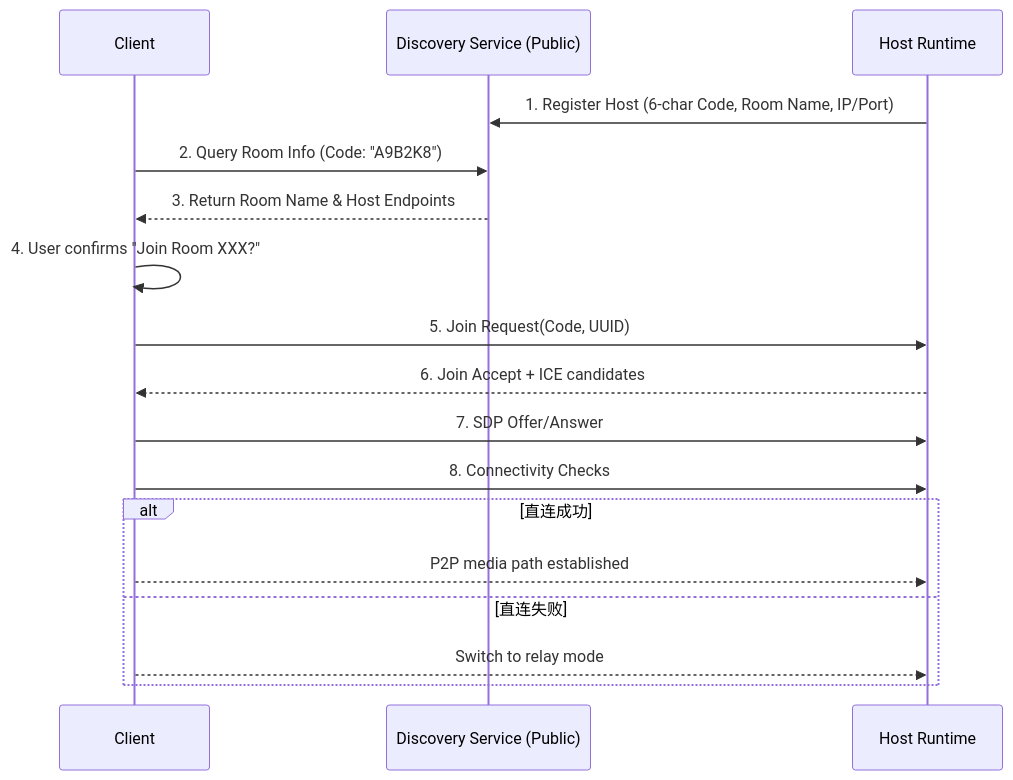
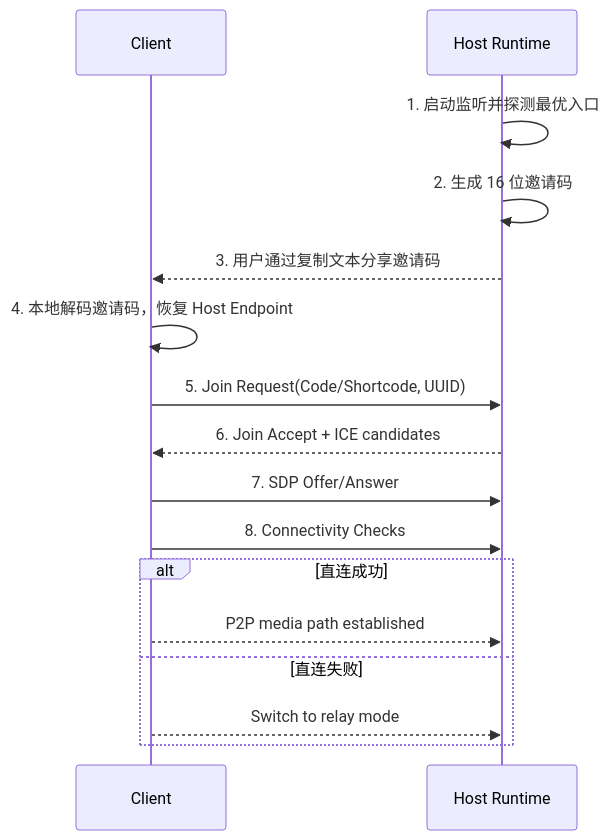
Before and after one commit to jinhuang712/pivi: the diagram in spec/01-architecture/networking-nat-strategy.md, drawn with Mermaid. The commit also changed other lines of this file and 17 other files, not shown here.

````diff
--- a/spec/01-architecture/networking-nat-strategy.md
+++ b/spec/01-architecture/networking-nat-strategy.md
@@ -26,21 +27,20 @@
 ```mermaid
 sequenceDiagram
     participant C as Client
-    participant D as Discovery Service (Public)
     participant H as Host Runtime
     
-    H->>D: 1. Register Host (6-char Code, Room Name, IP/Port)
-    C->>D: 2. Query Room Info (Code: "A9B2K8")
-    D-->>C: 3. Return Room Name & Host Endpoints
-    C->>C: 4. User confirms "Join Room XXX?"
+    H->>H: 1. 启动监听并探测最优入口
+    H->>H: 2. 生成 16 位邀请码
+    H-->>C: 3. 用户通过复制文本分享邀请码
+    C->>C: 4. 本地解码邀请码，恢复 Host Endpoint
     
-    C->>H: 5. Join Request(Code, UUID)
+    C->>H: 5. Join Request(Code/Shortcode, UUID)
     H-->>C: 6. Join Accept + ICE candidates
     C->>H: 7. SDP Offer/Answer
     C->>H: 8. Connectivity Checks
     alt 直连成功
         C-->>H: P2P media path established
     else 直连失败
         C-->>H: Switch to relay mode
     end
 ```
````
